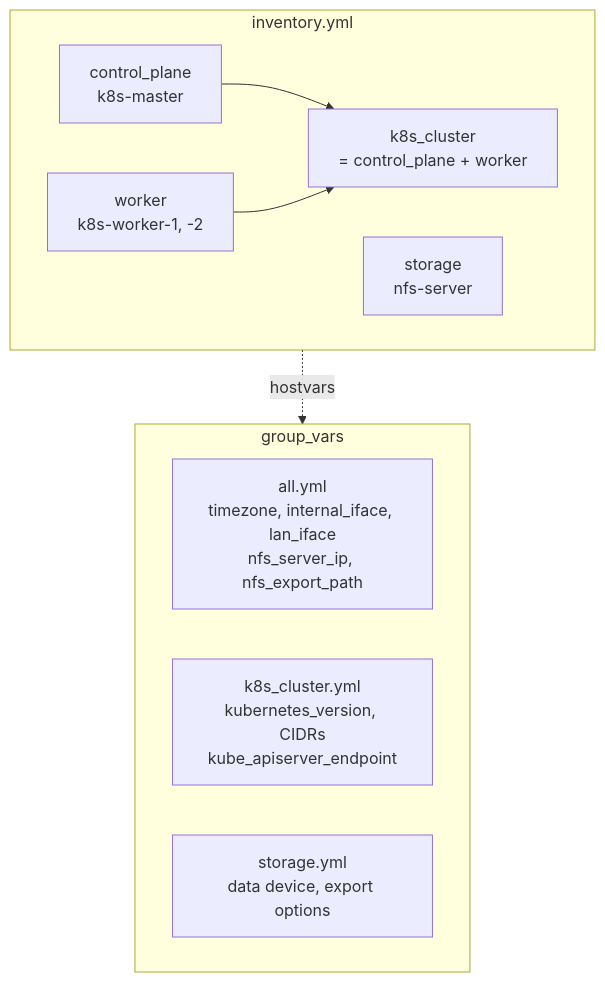
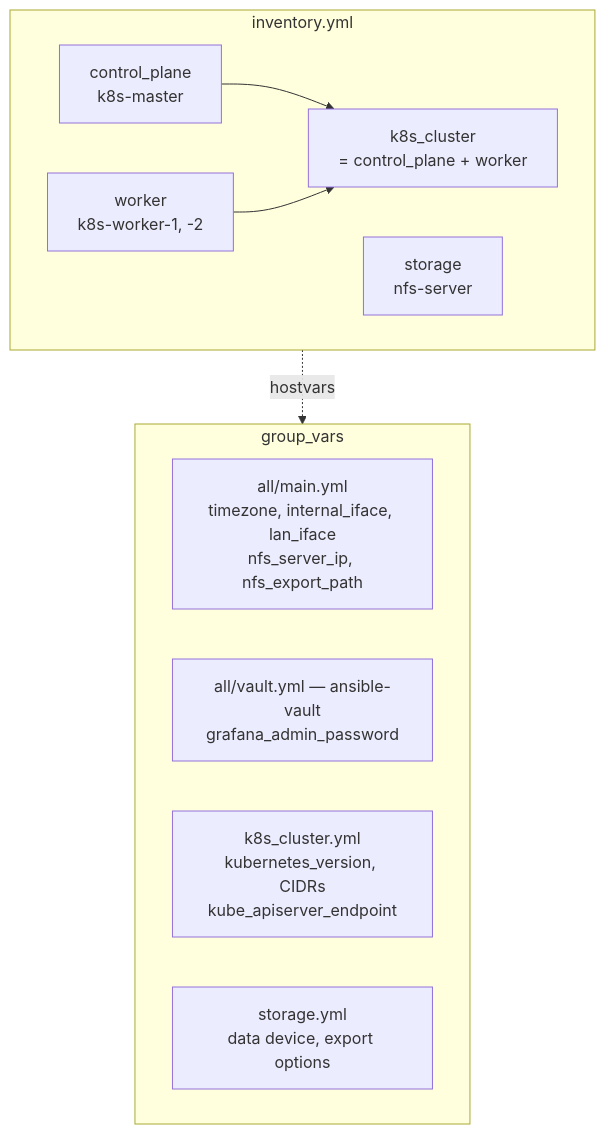
One commit to TheElysium/homelab changed the fourth of 7 diagrams in docs/provisioning.md. Above: the diagram before and after it, drawn with Mermaid. The commit also changed other lines of this file and 15 other files, not shown here.

````diff
--- a/docs/provisioning.md
+++ b/docs/provisioning.md
@@ -135,19 +137,20 @@
 ```mermaid
 flowchart TB
     subgraph INV["inventory.yml"]
         CP["control_plane<br/>k8s-master"]
         WK["worker<br/>k8s-worker-1, -2"]
         ST["storage<br/>nfs-server"]
         KC["k8s_cluster<br/>= control_plane + worker"]
     end
 
     subgraph GV["group_vars"]
-        ALL["all.yml<br/>timezone, internal_iface, lan_iface<br/>nfs_server_ip, nfs_export_path"]
+        ALL["all/main.yml<br/>timezone, internal_iface, lan_iface<br/>nfs_server_ip, nfs_export_path"]
+        VAULT["all/vault.yml — ansible-vault<br/>grafana_admin_password"]
         K8S["k8s_cluster.yml<br/>kubernetes_version, CIDRs<br/>kube_apiserver_endpoint"]
         STO["storage.yml<br/>data device, export options"]
     end
 
     CP --> KC
     WK --> KC
     INV -.->|hostvars| GV
 ```
````
